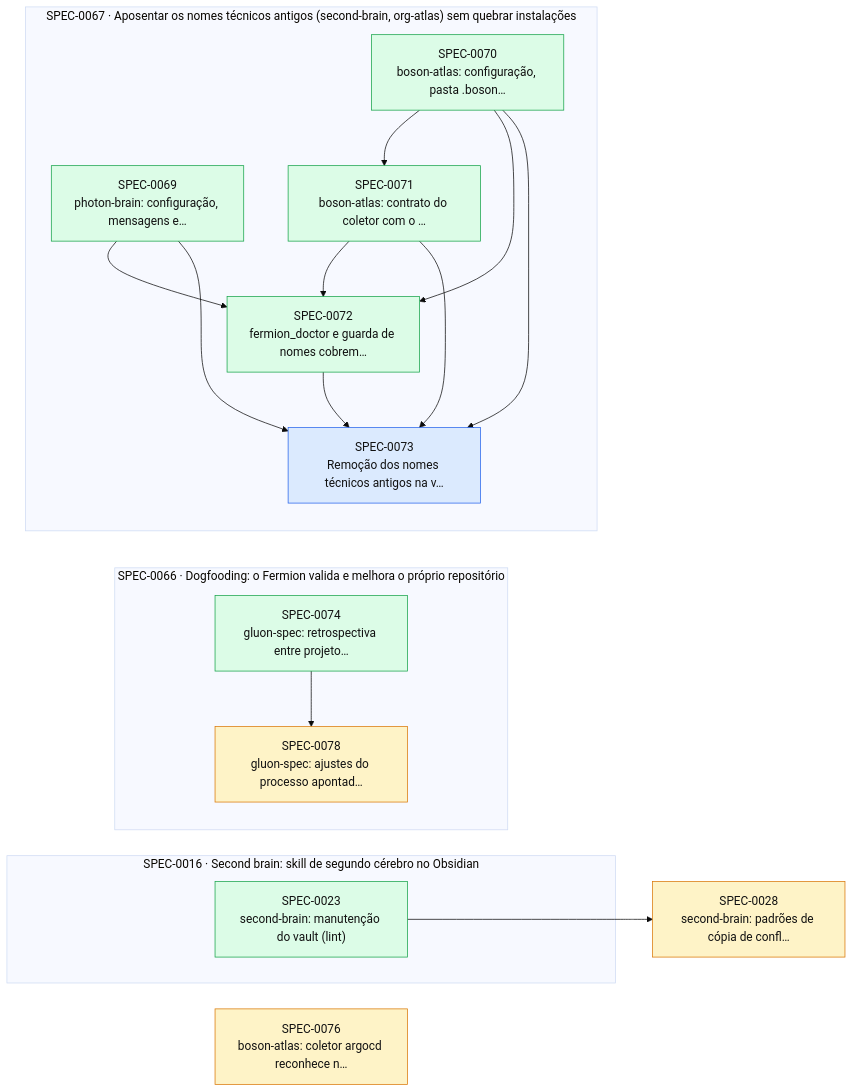
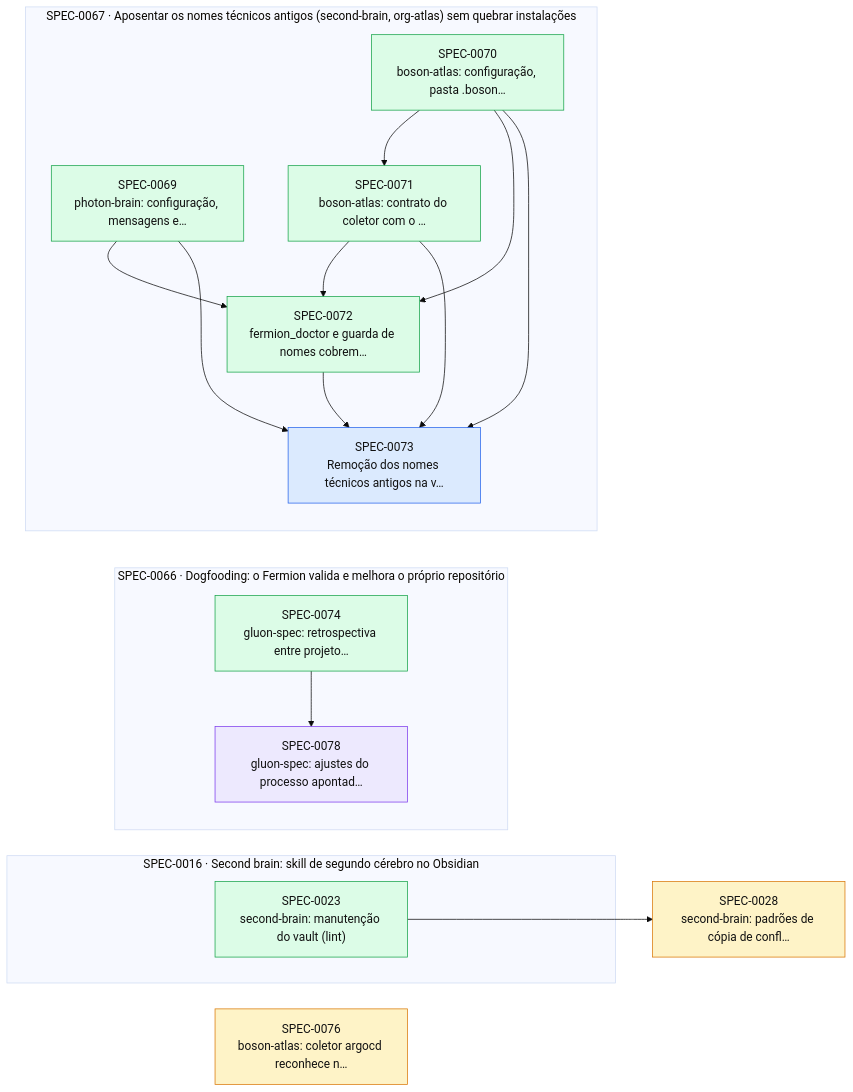
One commit to thomasravache/ai-dev-brain changed the diagram in docs/specs/INDEX.md. Above: the diagram before and after it, drawn with Mermaid (base theme). The commit also changed other lines of this file and 1 other file, not shown here.

First line of the commit message:
docs(specs): H1 e plano da SPEC-0078

````diff
--- a/docs/specs/INDEX.md
+++ b/docs/specs/INDEX.md
@@ -62,34 +62,34 @@
 ```mermaid
 flowchart LR
   S0028["SPEC-0028<br/>second-brain: padrões de cópia de confl…"]:::proposed
   S0076["SPEC-0076<br/>boson-atlas: coletor argocd reconhece n…"]:::proposed
   subgraph E0016["SPEC-0016 · Second brain: skill de segundo cérebro no Obsidian"]
     S0023["SPEC-0023<br/>second-brain: manutenção do vault (lint)"]:::implemented
   end
   subgraph E0066["SPEC-0066 · Dogfooding: o Fermion valida e melhora o próprio repositório"]
     S0074["SPEC-0074<br/>gluon-spec: retrospectiva entre projeto…"]:::implemented
-    S0078["SPEC-0078<br/>gluon-spec: ajustes do processo apontad…"]:::proposed
+    S0078["SPEC-0078<br/>gluon-spec: ajustes do processo apontad…"]:::inprogress
   end
   subgraph E0067["SPEC-0067 · Aposentar os nomes técnicos antigos (second-brain, org-atlas) sem quebrar instalações"]
     S0069["SPEC-0069<br/>photon-brain: configuração, mensagens e…"]:::implemented
     S0070["SPEC-0070<br/>boson-atlas: configuração, pasta .boson…"]:::implemented
     S0071["SPEC-0071<br/>boson-atlas: contrato do coletor com o …"]:::implemented
     S0072["SPEC-0072<br/>fermion_doctor e guarda de nomes cobrem…"]:::implemented
     S0073["SPEC-0073<br/>Remoção dos nomes técnicos antigos na v…"]:::approved
   end
   S0023 --> S0028
   S0070 --> S0071
   S0069 --> S0072
   S0070 --> S0072
   S0071 --> S0072
   S0069 --> S0073
   S0070 --> S0073
   S0071 --> S0073
   S0072 --> S0073
   S0074 --> S0078
   classDef proposed fill:#fef3c7,stroke:#d97706,color:#111
   classDef approved fill:#dbeafe,stroke:#2563eb,color:#111
   classDef inprogress fill:#ede9fe,stroke:#7c3aed,color:#111
   classDef implemented fill:#dcfce7,stroke:#16a34a,color:#111
   classDef deprecated fill:#f3f4f6,stroke:#9ca3af,color:#6b7280
 ```
````
